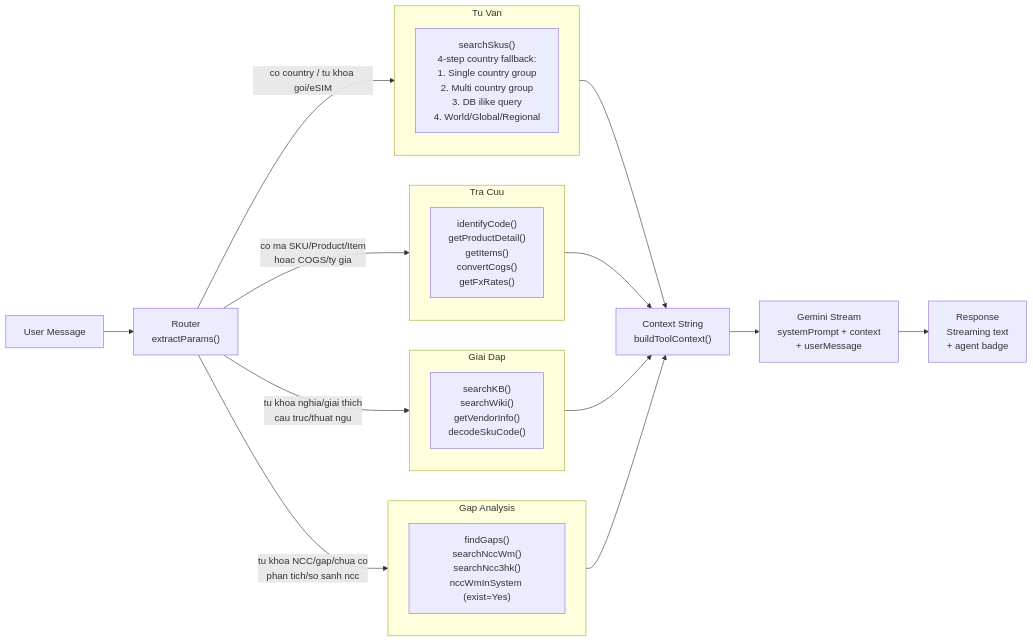
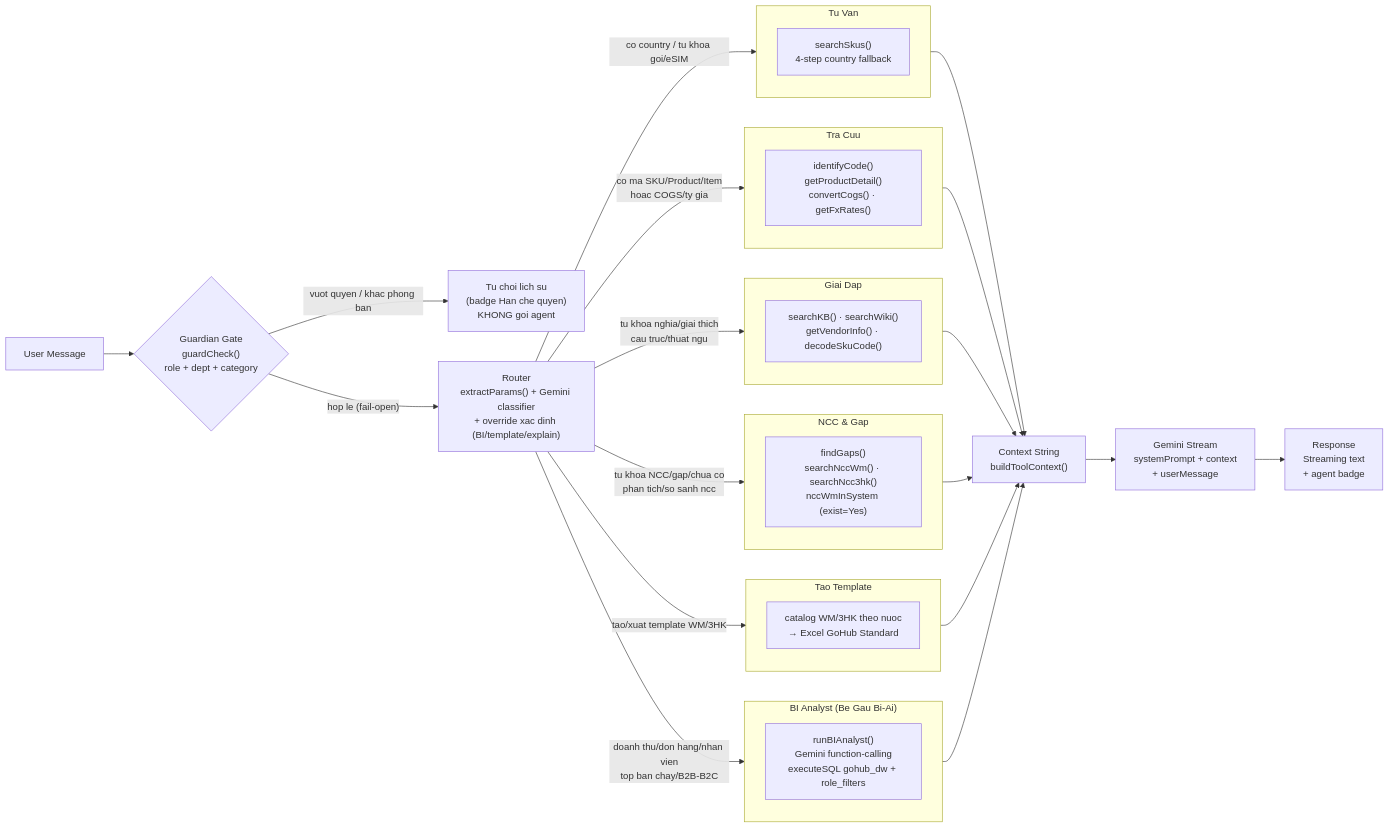
Before and after one commit to NguyenHoangHieu-ue/gohub: the fifth of 7 diagrams in docs/wiki/system/Second-Brain-Architecture.md, drawn with Mermaid. The commit also changed other lines of this file and 3 other files, not shown here.

First line of the commit message:
docs(wiki): cập nhật kiến trúc 6 agent + Guardian, thêm trang Chatbot-Agents-Guardian

````diff
--- a/docs/wiki/system/Second-Brain-Architecture.md
+++ b/docs/wiki/system/Second-Brain-Architecture.md
@@ -232,29 +235,36 @@
 ```mermaid
 flowchart LR
-    MSG["User Message"] --> ROUTER["Router\nextractParams()"]
+    MSG["User Message"] --> GUARD{"Guardian Gate\nguardCheck()\nrole + dept + category"}
+    GUARD -->|"vuot quyen / khac phong ban"| DENY["Tu choi lich su\n(badge Han che quyen)\nKHONG goi agent"]
+    GUARD -->|"hop le (fail-open)"| ROUTER["Router\nextractParams() + Gemini classifier\n+ override xac dinh (BI/template/explain)"]
 
     ROUTER -->|"co country / tu khoa goi/eSIM"| TU_VAN
     ROUTER -->|"co ma SKU/Product/Item\nhoac COGS/ty gia"| TRA_CUU
     ROUTER -->|"tu khoa nghia/giai thich\ncau truc/thuat ngu"| GIAI_DAP
     ROUTER -->|"tu khoa NCC/gap/chua co\nphan tich/so sanh ncc"| GAP
+    ROUTER -->|"tao/xuat template WM/3HK"| TEMPLATE
+    ROUTER -->|"doanh thu/don hang/nhan vien\ntop ban chay/B2B-B2C"| BI
 
     subgraph TU_VAN ["Tu Van"]
-        T1["searchSkus()\n4-step country fallback:\n1. Single country group\n2. Multi country group\n3. DB ilike query\n4. World/Global/Regional"]
+        T1["searchSkus()\n4-step country fallback"]
+    end
+    subgraph TRA_CUU ["Tra Cuu"]
+        T2["identifyCode()\ngetProductDetail()\nconvertCogs() · getFxRates()"]
+    end
+    subgraph GIAI_DAP ["Giai Dap"]
+        T3["searchKB() · searchWiki()\ngetVendorInfo() · decodeSkuCode()"]
+    end
+    subgraph GAP ["NCC & Gap"]
+        T4["findGaps()\nsearchNccWm() · searchNcc3hk()\nnccWmInSystem (exist=Yes)"]
+    end
+    subgraph TEMPLATE ["Tao Template"]
+        T5["catalog WM/3HK theo nuoc\n→ Excel GoHub Standard"]
+    end
+    subgraph BI ["BI Analyst (Be Gau Bi-Ai)"]
+        T6["runBIAnalyst()\nGemini function-calling\nexecuteSQL gohub_dw + role_filters"]
     end
 
-    subgraph TRA_CUU ["Tra Cuu"]
-        T2["identifyCode()\ngetProductDetail()\ngetItems()\nconvertCogs()\ngetFxRates()"]
-    end
-
-    subgraph GIAI_DAP ["Giai Dap"]
-        T3["searchKB()\nsearchWiki()\ngetVendorInfo()\ndecodeSkuCode()"]
-    end
-
-    subgraph GAP ["Gap Analysis"]
-        T4["findGaps()\nsearchNccWm()\nsearchNcc3hk()\nnccWmInSystem (exist=Yes)"]
-    end
-
-    TU_VAN & TRA_CUU & GIAI_DAP & GAP --> CTX["Context String\nbuildToolContext()"]
+    TU_VAN & TRA_CUU & GIAI_DAP & GAP & TEMPLATE & BI --> CTX["Context String\nbuildToolContext()"]
     CTX --> GEM["Gemini Stream\nsystemPrompt + context\n+ userMessage"]
     GEM --> RESP["Response\nStreaming text\n+ agent badge"]
 ```
````
